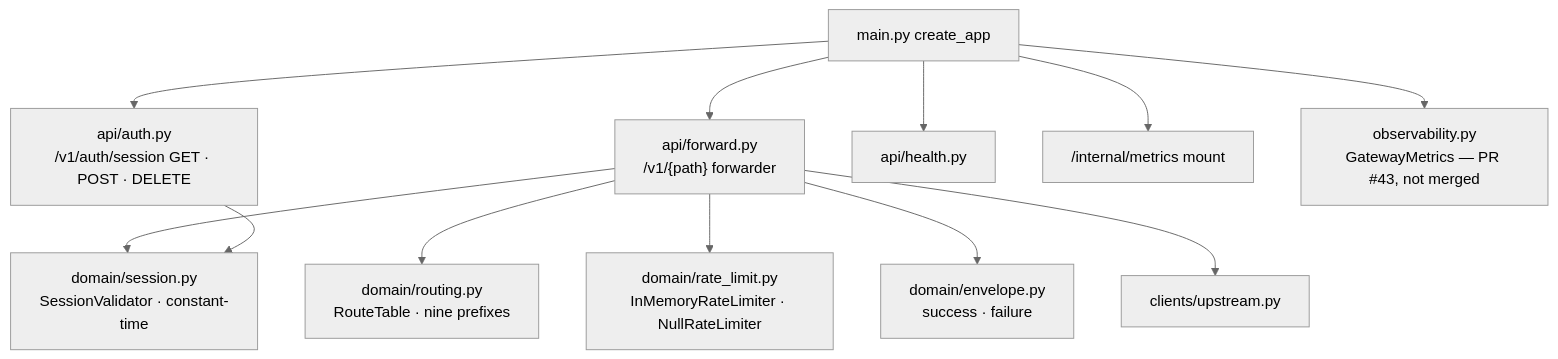
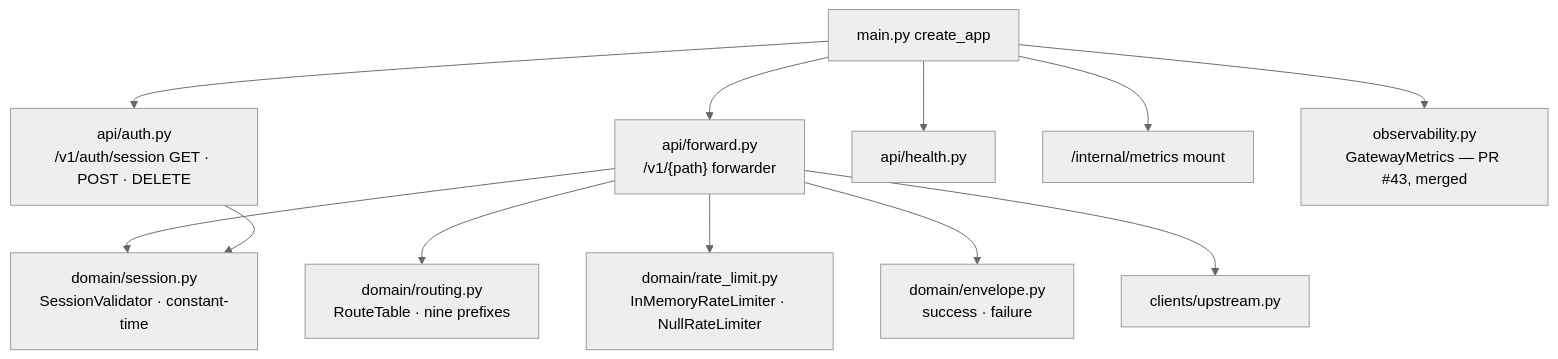
Before and after one commit to Tudor191/NOVA-PROJECT-BIBLE: the sixth of 18 diagrams in docs/design/phase-4/14-subsystem-flows-and-components.md, drawn with Mermaid (neutral theme). The commit also changed other lines of this file and 2 other files, not shown here.

````diff
--- a/docs/design/phase-4/14-subsystem-flows-and-components.md
+++ b/docs/design/phase-4/14-subsystem-flows-and-components.md
@@ -180,14 +204,14 @@
 ```mermaid
 graph TD
   main[main.py create_app] --> auth[api/auth.py<br/>/v1/auth/session GET · POST · DELETE]
   main --> fwd["api/forward.py<br/>/v1/{path} forwarder"]
   main --> health[api/health.py]
   main --> metrics["/internal/metrics mount"]
   fwd --> rt[domain/routing.py<br/>RouteTable · nine prefixes]
   fwd --> rl[domain/rate_limit.py<br/>InMemoryRateLimiter · NullRateLimiter]
   fwd --> sess[domain/session.py<br/>SessionValidator · constant-time]
   fwd --> env[domain/envelope.py<br/>success · failure]
   fwd --> up[clients/upstream.py]
   auth --> sess
-  main --> obs[observability.py<br/>GatewayMetrics — PR #43, not merged]
+  main --> obs[observability.py<br/>GatewayMetrics — PR #43, merged]
 ```
````
